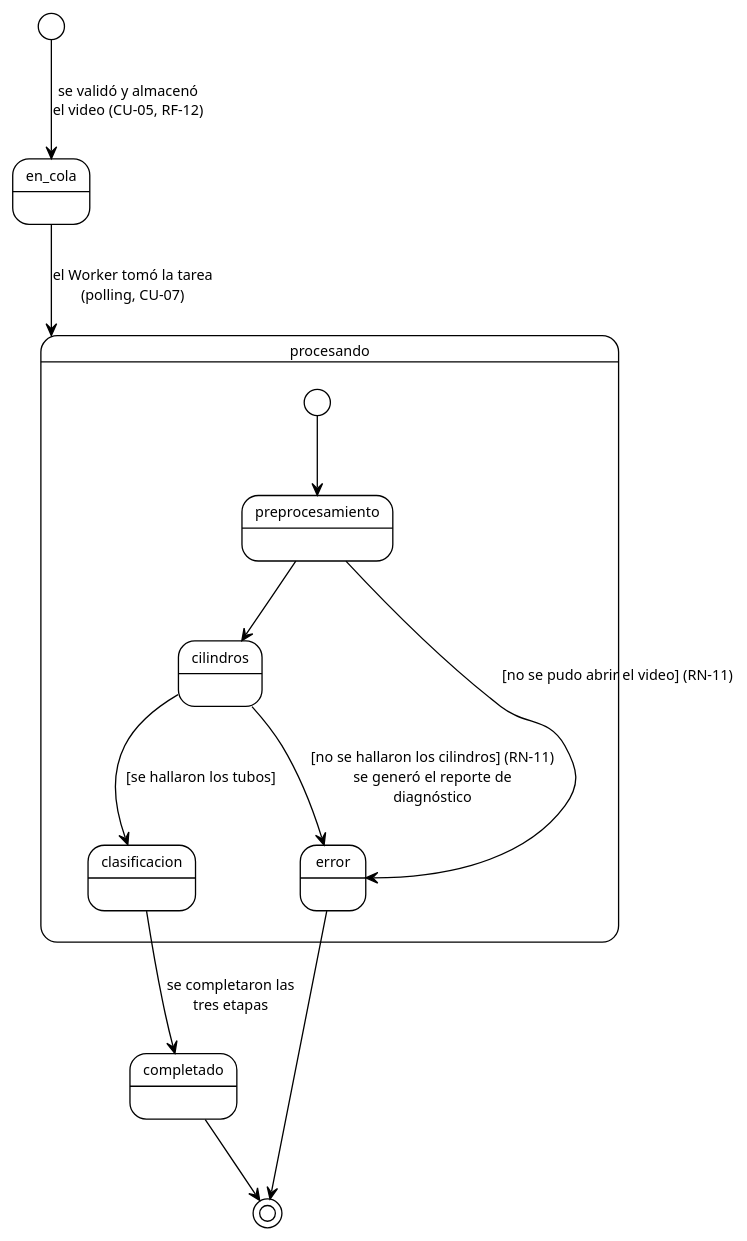
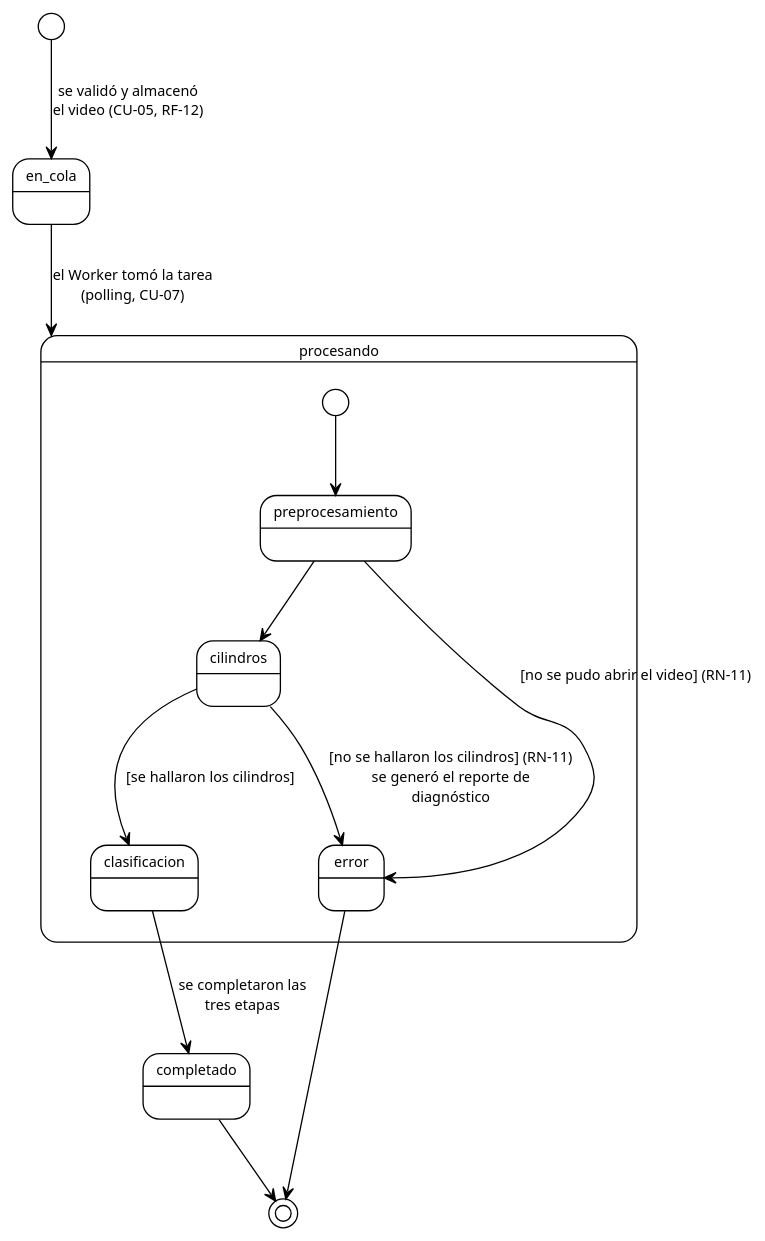
One commit to ErickJester/fst-ai-system-latex changed the diagram in diagramas/estados_analisis.puml. Above: the diagram before and after it, drawn with PlantUML. The commit also changed 9 other files, not shown here.

```diff
--- a/diagramas/estados_analisis.puml
+++ b/diagramas/estados_analisis.puml
@@ -1,23 +1,23 @@
 @startuml estados_analisis
 !theme plain
 skinparam defaultFontName Arial
 skinparam defaultFontSize 11
 skinparam shadowing false
 
 [*] --> en_cola : se validó y almacenó\nel video (CU-05, RF-12)
 
 state procesando {
   [*] --> preprocesamiento
   preprocesamiento --> cilindros
   preprocesamiento --> error : [no se pudo abrir el video] (RN-11)
-  cilindros --> clasificacion : [se hallaron los tubos]
+  cilindros --> clasificacion : [se hallaron los cilindros]
 }
 
 en_cola --> procesando : el Worker tomó la tarea\n(polling, CU-07)
 cilindros --> error : [no se hallaron los cilindros] (RN-11)\nse generó el reporte de\ndiagnóstico
 clasificacion --> completado : se completaron las\ntres etapas
 
 completado --> [*]
 error --> [*]
 
 @enduml
```
